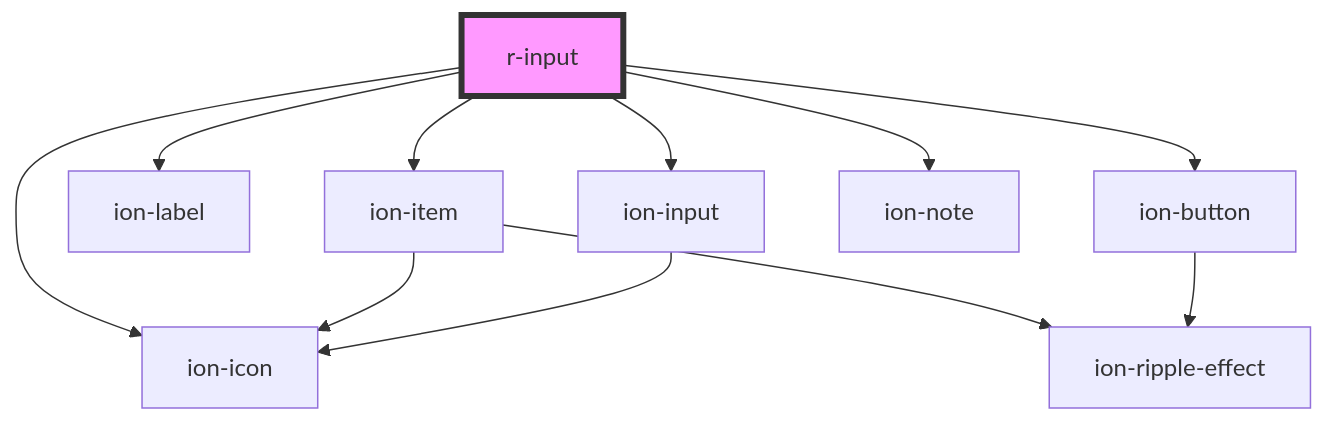
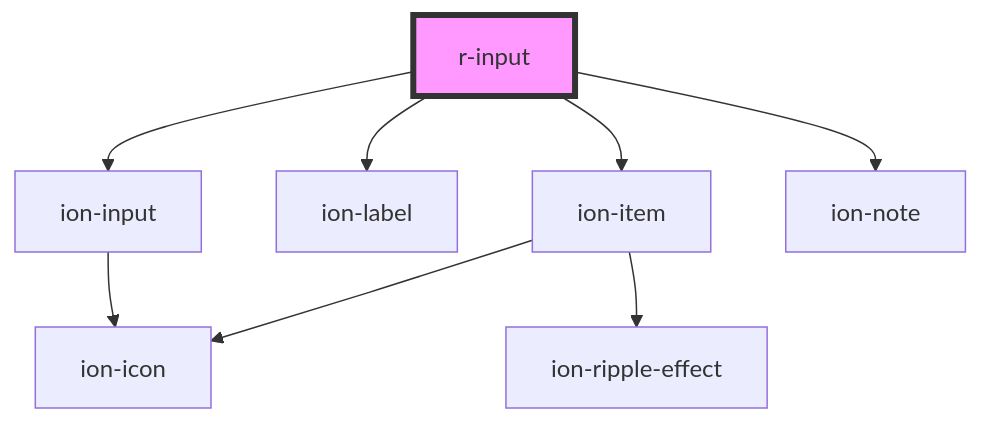
The diagram in src/components/r-input/readme.md (refactico/design-system), drawn with Mermaid before and after one commit. The commit also changed other lines of this file and 5 other files, not shown here.

````diff
--- a/src/components/r-input/readme.md
+++ b/src/components/r-input/readme.md
@@ -55,14 +52,11 @@
 ```mermaid
 graph TD;
   r-input --> ion-item
   r-input --> ion-label
   r-input --> ion-input
-  r-input --> ion-button
-  r-input --> ion-icon
   r-input --> ion-note
   ion-item --> ion-icon
   ion-item --> ion-ripple-effect
   ion-input --> ion-icon
-  ion-button --> ion-ripple-effect
   style r-input fill:#f9f,stroke:#333,stroke-width:4px
 ```
````
